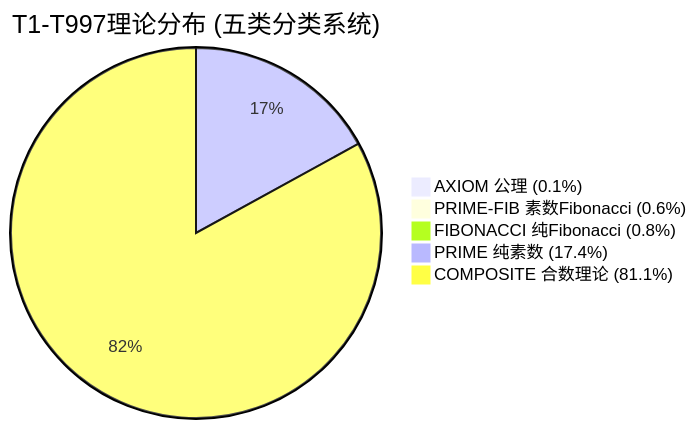
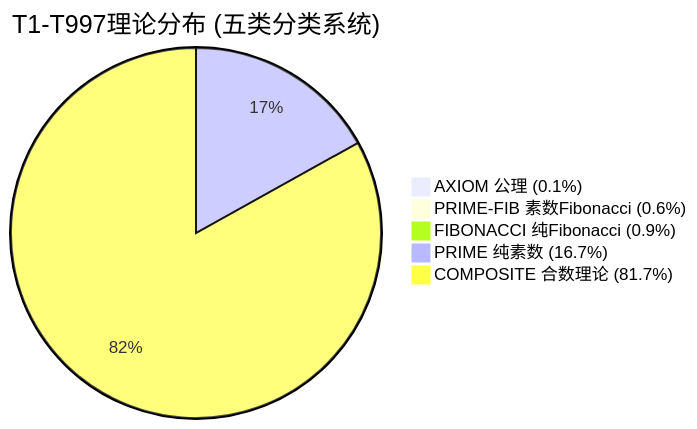
The first of 7 diagrams in src/bdag/theories/index.md (loning/mbook-binary), drawn with Mermaid before and after one commit. The commit also changed other lines of this file, not shown here.

````diff
--- a/src/bdag/theories/index.md
+++ b/src/bdag/theories/index.md
@@ -11,8 +11,8 @@
 ```mermaid
 pie title T1-T997理论分布 (五类分类系统)
     "AXIOM 公理 (0.1%)" : 1
-    "PRIME-FIB 素数Fibonacci (0.6%)" : 6
-    "FIBONACCI 纯Fibonacci (0.8%)" : 8
-    "PRIME 纯素数 (17.4%)" : 167
-    "COMPOSITE 合数理论 (81.1%)" : 815
+    "PRIME-FIB 素数Fibonacci (0.6%)" : 6  
+    "FIBONACCI 纯Fibonacci (0.9%)" : 9
+    "PRIME 纯素数 (16.7%)" : 166
+    "COMPOSITE 合数理论 (81.7%)" : 815
 ```
````
